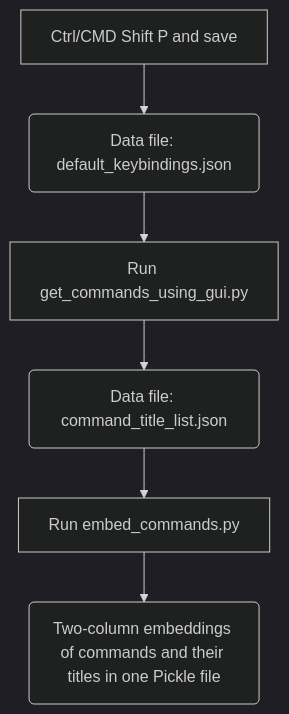
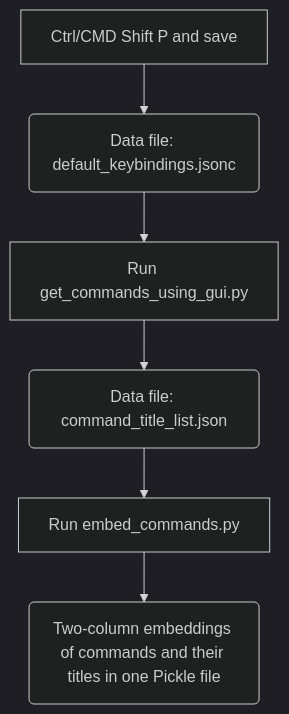
Before and after one commit to SigmaWe/SmartCommand: the diagram in NLP_and_backend/README.md, drawn with Mermaid (dark theme). The commit also changed other lines of this file and 4 other files, not shown here.

````diff
--- a/NLP_and_backend/README.md
+++ b/NLP_and_backend/README.md
@@ -11,12 +11,12 @@
 ```mermaid
 graph TD; 
 
 A[Ctrl/CMD Shift P and save];
-B(Data file: default_keybindings.json) 
+B(Data file: default_keybindings.jsonc) 
 C[Run get_commands_using_gui.py]
 D(Data file: command_title_list.json)
 E[Run embed_commands.py]
 F(Two-column embeddings of commands and their titles in one Pickle file) 
 A-->B-->C-->D-->E
 E-->F
 ```
````
